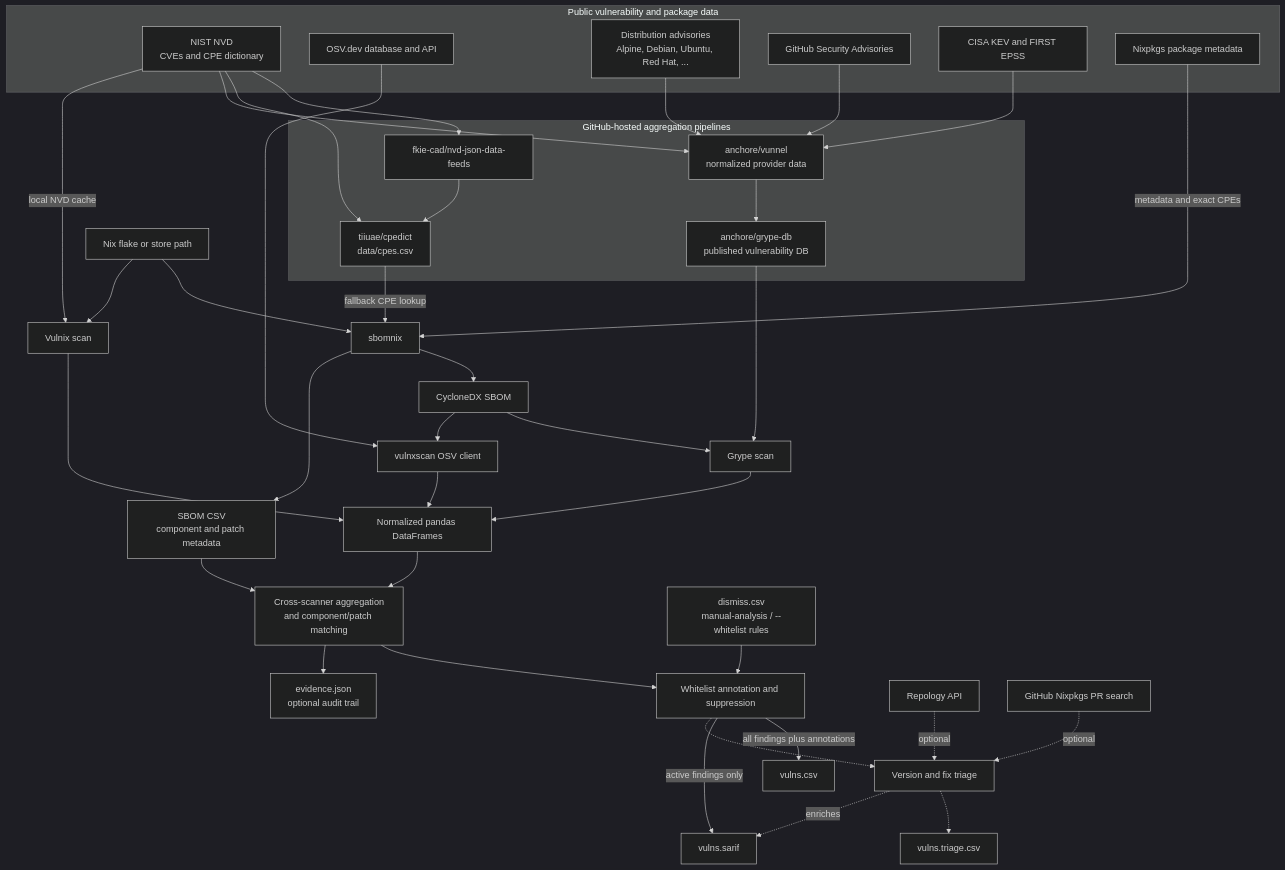
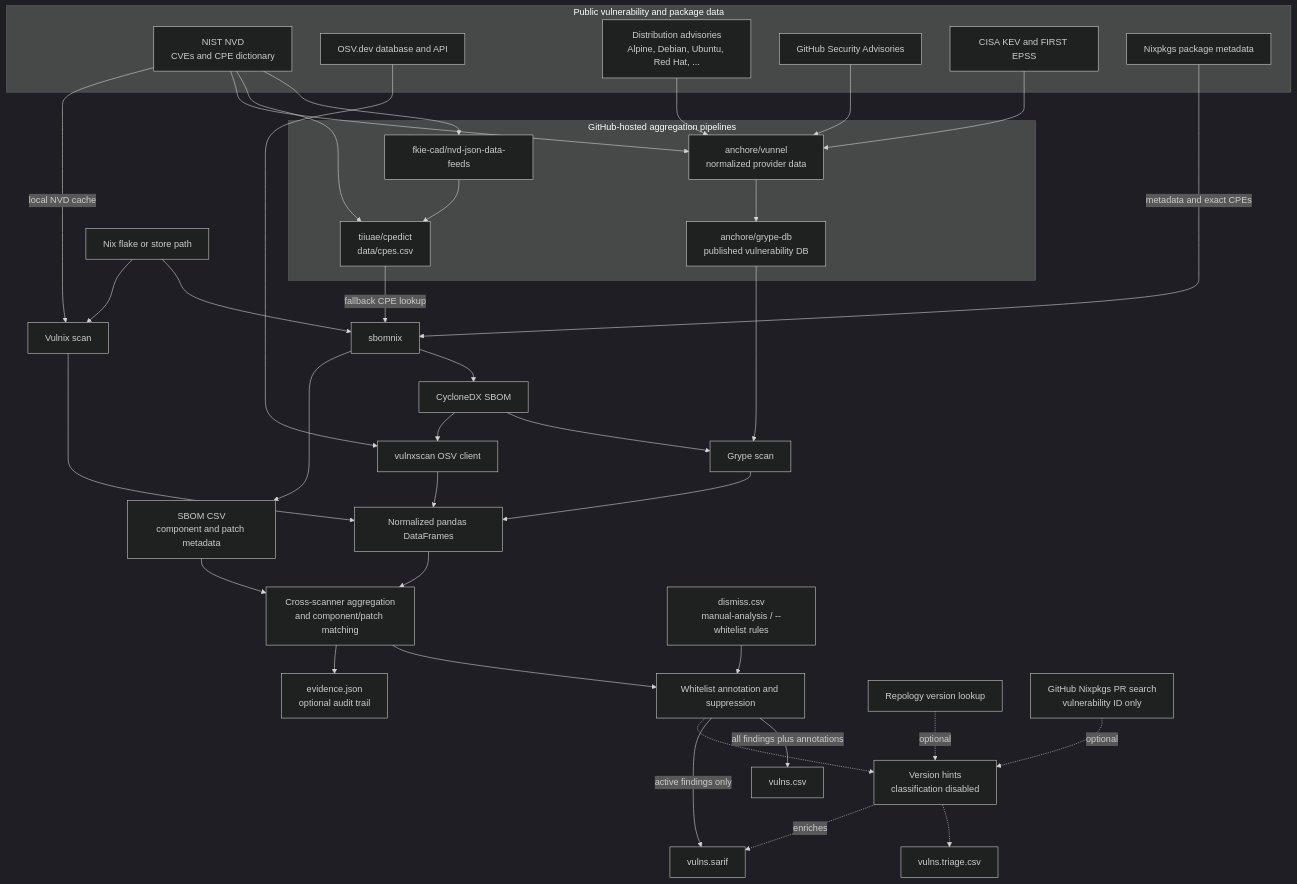
Before and after one commit to tiiuae/sbomnix: the diagram in doc/vulnxscan.md, drawn with Mermaid (dark theme). The commit also changed other lines of this file and 8 other files, not shown here.

First line of the commit message:
vulnxscan: disable triage classification

````diff
--- a/doc/vulnxscan.md
+++ b/doc/vulnxscan.md
@@ -54,57 +54,57 @@
 ```mermaid
 flowchart TB
     subgraph upstream["Public vulnerability and package data"]
         nvd["NIST NVD<br/>CVEs and CPE dictionary"]
         osvdb["OSV.dev database and API"]
         distro["Distribution advisories<br/>Alpine, Debian, Ubuntu, Red Hat, ..."]
         ghsa["GitHub Security Advisories"]
         auxiliary["CISA KEV and FIRST EPSS"]
         nixpkgs["Nixpkgs package metadata"]
     end
 
     subgraph published["GitHub-hosted aggregation pipelines"]
         nvdmirror["fkie-cad/nvd-json-data-feeds"]
         cpedict["tiiuae/cpedict<br/>data/cpes.csv"]
         vunnel["anchore/vunnel<br/>normalized provider data"]
         grypedb["anchore/grype-db<br/>published vulnerability DB"]
     end
 
     nvd --> nvdmirror --> cpedict
     nvd --> cpedict
     nvd --> vunnel
     distro --> vunnel
     ghsa --> vunnel
     auxiliary --> vunnel
     vunnel --> grypedb
 
     target["Nix flake or store path"] --> sbomnix["sbomnix"]
     nixpkgs -->|metadata and exact CPEs| sbomnix
     cpedict -->|fallback CPE lookup| sbomnix
     sbomnix --> cdx["CycloneDX SBOM"]
     sbomnix --> sbomcsv["SBOM CSV<br/>component and patch metadata"]
 
     cdx --> grype["Grype scan"]
     grypedb --> grype
     cdx --> osvclient["vulnxscan OSV client"]
     osvdb --> osvclient
     target --> vulnix["Vulnix scan"]
     nvd -->|local NVD cache| vulnix
 
     grype --> frames["Normalized pandas DataFrames"]
     osvclient --> frames
     vulnix --> frames
     frames --> matching["Cross-scanner aggregation<br/>and component/patch matching"]
     sbomcsv --> matching
 
     dismiss["dismiss.csv<br/>manual-analysis / --whitelist rules"] --> filtering["Whitelist annotation and suppression"]
     matching --> filtering
     matching --> evidence["evidence.json<br/>optional audit trail"]
     filtering -->|all findings plus annotations| csv["vulns.csv"]
     filtering -->|active findings only| sarif["vulns.sarif"]
 
-    repology["Repology API"] -. optional .-> triage["Version and fix triage"]
-    nixprs["GitHub Nixpkgs PR search"] -. optional .-> triage
+    repology["Repology version lookup"] -. optional .-> triage["Version hints<br/>classification disabled"]
+    nixprs["GitHub Nixpkgs PR search<br/>vulnerability ID only"] -. optional .-> triage
     filtering -.-> triage
     triage -.-> triagecsv["vulns.triage.csv"]
     triage -. enriches .-> sarif
 ```
````
